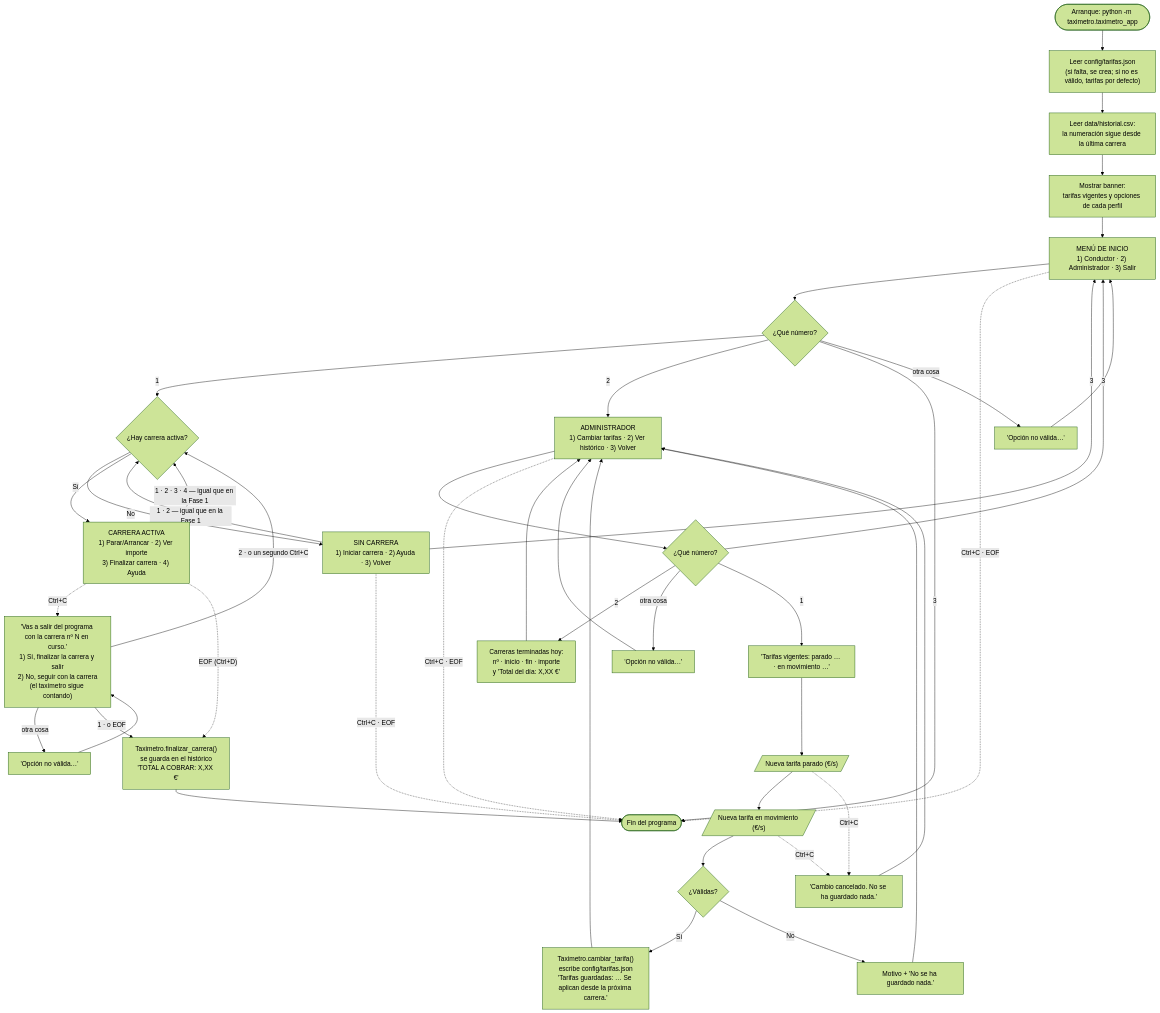
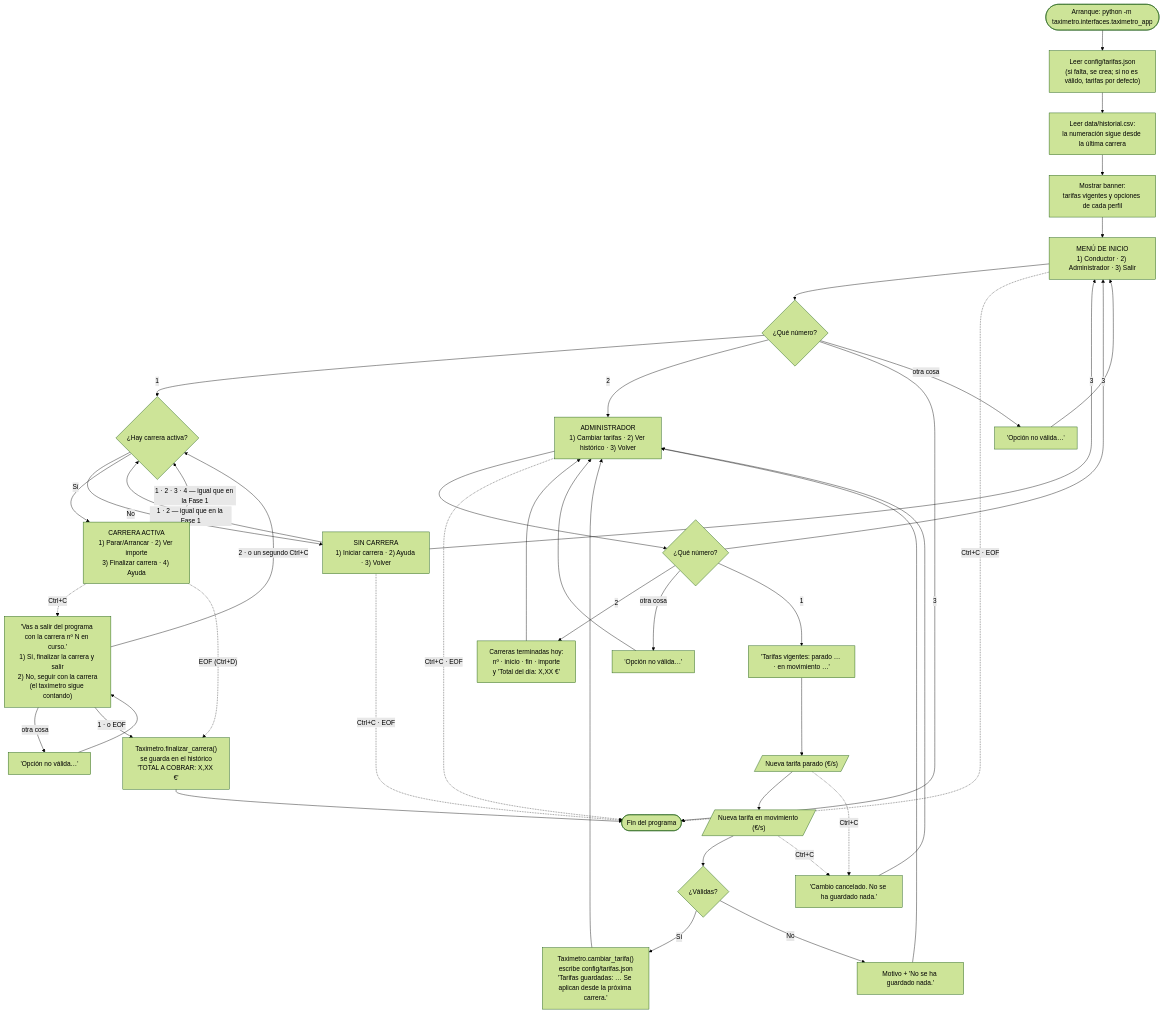
Before and after one commit to IA-P1-BCN/Proyecto1_Manon: the diagram in docs/flujo-fase2.md, drawn with Mermaid (forest theme). The commit also changed 59 other files, not shown here.

````diff
--- a/docs/flujo-fase2.md
+++ b/docs/flujo-fase2.md
@@ -11,49 +11,49 @@
 ```mermaid
 flowchart TD
-    START(["Arranque: python -m taximetro.taximetro_app"]) --> CONF["Leer config/tarifas.json<br/>(si falta, se crea; si no es válido, tarifas por defecto)"]
+    START(["Arranque: python -m taximetro.interfaces.taximetro_app"]) --> CONF["Leer config/tarifas.json<br/>(si falta, se crea; si no es válido, tarifas por defecto)"]
     CONF --> HIST["Leer data/historial.csv:<br/>la numeración sigue desde la última carrera"]
     HIST --> BANNER["Mostrar banner:<br/>tarifas vigentes y opciones de cada perfil"]
     BANNER --> INICIO
 
     %% ============ MENÚ DE INICIO ============
     INICIO["MENÚ DE INICIO<br/>1) Conductor · 2) Administrador · 3) Salir"] --> R_INI{"¿Qué número?"}
     R_INI -->|1| COND
     R_INI -->|2| ADMIN
     R_INI -->|3| FIN(["Fin del programa"])
     R_INI -->|"otra cosa"| NV_INI["'Opción no válida…'"] --> INICIO
     INICIO -.->|"Ctrl+C · EOF"| FIN
 
     %% ============ CONDUCTOR ============
     COND{"¿Hay carrera activa?"}
     COND -->|No| SIN["SIN CARRERA<br/>1) Iniciar carrera · 2) Ayuda · 3) Volver"]
     SIN -->|"1 · 2 — igual que en la Fase 1"| COND
     SIN -->|3| INICIO
     SIN -.->|"Ctrl+C · EOF"| FIN
 
     COND -->|Sí| CON["CARRERA ACTIVA<br/>1) Parar/Arrancar · 2) Ver importe<br/>3) Finalizar carrera · 4) Ayuda"]
     CON -->|"1 · 2 · 3 · 4 — igual que en la Fase 1"| COND
     CON -.->|"Ctrl+C"| PREG["'Vas a salir del programa con la carrera nº N en curso.'<br/>1) Sí, finalizar la carrera y salir<br/>2) No, seguir con la carrera<br/>(el taxímetro sigue contando)"]
     PREG -->|2 · o un segundo Ctrl+C| COND
     PREG -->|"otra cosa"| NV_PREG["'Opción no válida…'"] --> PREG
     PREG -->|"1 · o EOF"| CIERRE["Taximetro.finalizar_carrera()<br/>se guarda en el histórico<br/>'TOTAL A COBRAR: X,XX €'"]
     CON -.->|"EOF (Ctrl+D)"| CIERRE
     CIERRE --> FIN
 
     %% ============ ADMINISTRADOR ============
     ADMIN["ADMINISTRADOR<br/>1) Cambiar tarifas · 2) Ver histórico · 3) Volver"] --> R_ADM{"¿Qué número?"}
     R_ADM -->|3| INICIO
     R_ADM -->|2| HOY["Carreras terminadas hoy:<br/>nº · inicio · fin · importe<br/>y 'Total del día: X,XX €'"]
     HOY --> ADMIN
     R_ADM -->|"otra cosa"| NV_ADM["'Opción no válida…'"] --> ADMIN
     ADMIN -.->|"Ctrl+C · EOF"| FIN
     R_ADM -->|1| VIG["'Tarifas vigentes: parado … · en movimiento …'"]
     VIG --> P1[/"Nueva tarifa parado (€/s)"/]
     P1 --> P2[/"Nueva tarifa en movimiento (€/s)"/]
     P2 --> VAL{"¿Válidas?"}
     VAL -->|Sí| GUARDA["Taximetro.cambiar_tarifa()<br/>escribe config/tarifas.json<br/>'Tarifas guardadas: … Se aplican desde la próxima carrera.'"]
     GUARDA --> ADMIN
     VAL -->|No| ERR["Motivo + 'No se ha guardado nada.'"] --> ADMIN
     P1 -.->|"Ctrl+C"| CANC["'Cambio cancelado. No se ha guardado nada.'"]
     P2 -.->|"Ctrl+C"| CANC
     CANC --> ADMIN
 ```
````
